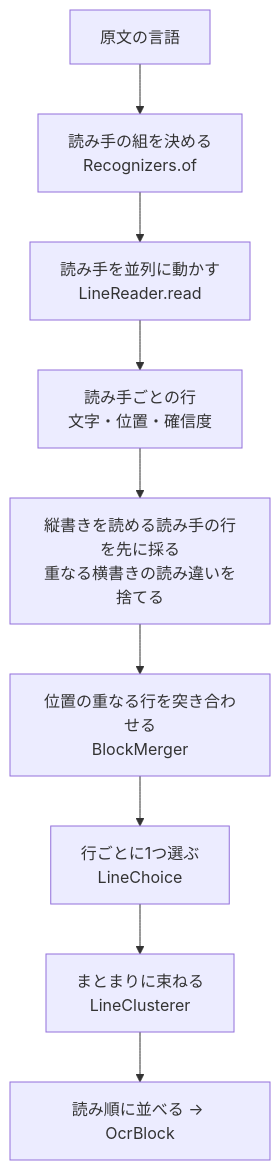
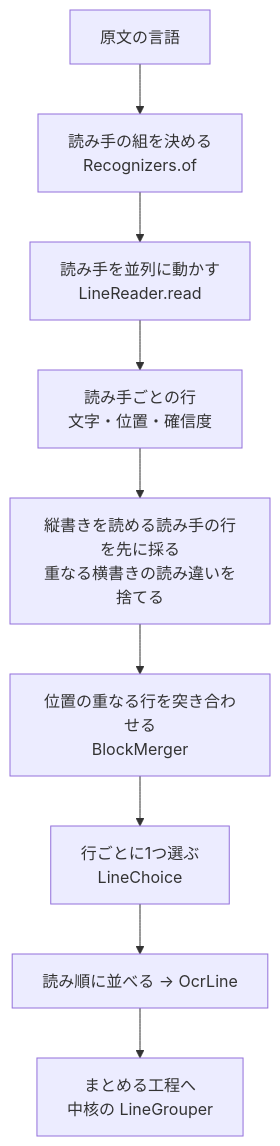
One commit to kagerouttepaso/PlamoTranslate changed the third of 3 diagrams in docs/設計/画面翻訳.md. Above: the diagram before and after it, drawn with Mermaid. The commit also changed other lines of this file and 23 other files, not shown here.

````diff
--- a/docs/設計/画面翻訳.md
+++ b/docs/設計/画面翻訳.md
@@ -220,11 +220,11 @@
 ```mermaid
 flowchart TB
   L["原文の言語"] --> R["読み手の組を決める<br>Recognizers.of"]
   R --> P["読み手を並列に動かす<br>LineReader.read"]
   P --> C["読み手ごとの行<br>文字・位置・確信度"]
   C --> V["縦書きを読める読み手の行を先に採る<br>重なる横書きの読み違いを捨てる"]
   V --> G["位置の重なる行を突き合わせる<br>BlockMerger"]
   G --> S["行ごとに1つ選ぶ<br>LineChoice"]
-  S --> K["まとまりに束ねる<br>LineClusterer"]
-  K --> O["読み順に並べる → OcrBlock"]
+  S --> O["読み順に並べる → OcrLine"]
+  O --> K["まとめる工程へ<br>中核の LineGrouper"]
 ```
````
